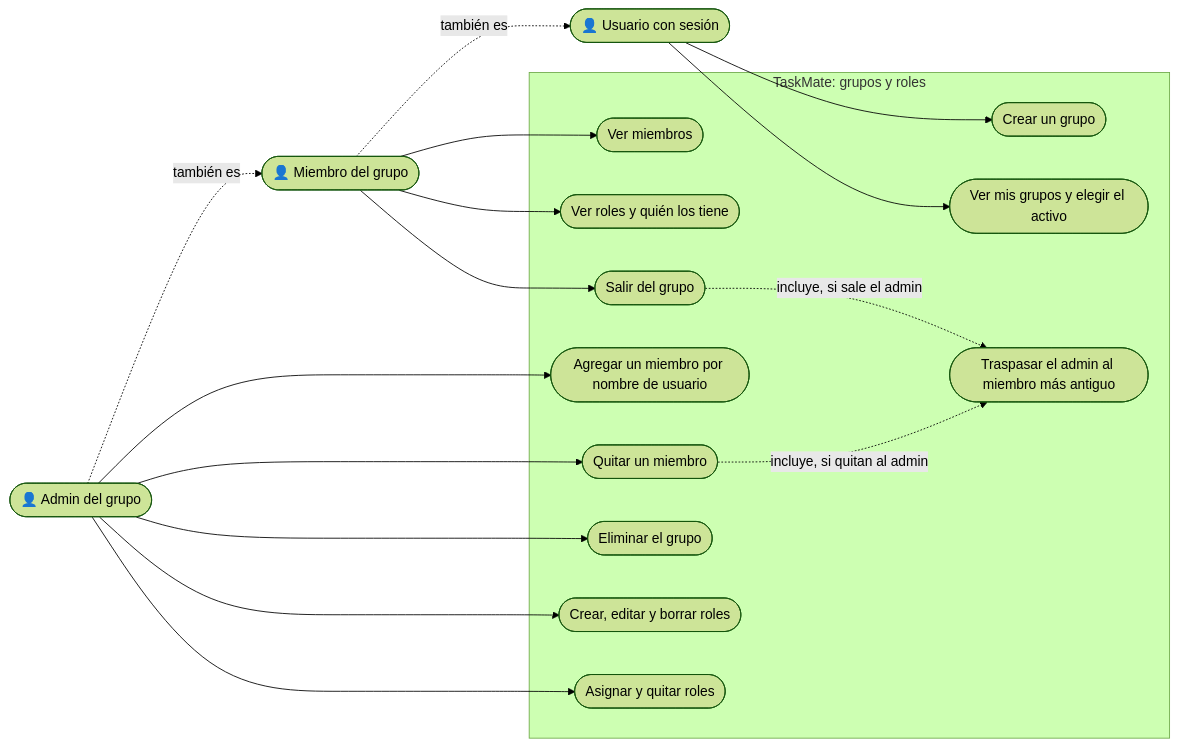
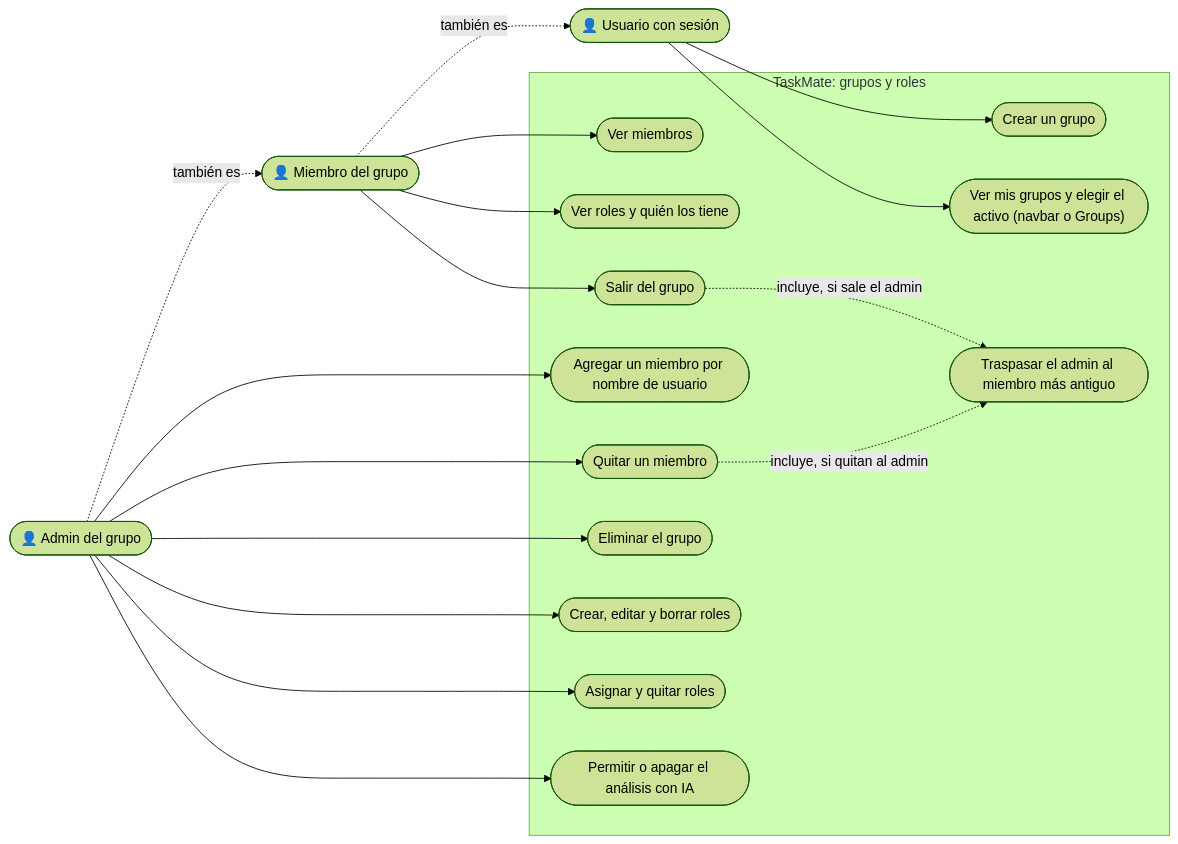
One commit to PabloP150/proyecto-is-cc6 changed the diagram in documentacion/04-casos-de-uso/02-grupos-y-roles.md. Above: the diagram before and after it, drawn with Mermaid (forest theme). The commit also changed other lines of this file and 204 other files, not shown here.

First line of the commit message:
docs: update all documentation, diagrams and PNGs to the test/e2e state

````diff
--- a/documentacion/04-casos-de-uso/02-grupos-y-roles.md
+++ b/documentacion/04-casos-de-uso/02-grupos-y-roles.md
@@ -5,35 +5,37 @@
 ```mermaid
 flowchart LR
     U(["👤 Usuario con sesión"])
     M(["👤 Miembro del grupo"])
     A(["👤 Admin del grupo"])
 
     subgraph SYS["TaskMate: grupos y roles"]
         uc1(["Crear un grupo"])
-        uc2(["Ver mis grupos y elegir el activo"])
+        uc2(["Ver mis grupos y elegir el activo (navbar o Groups)"])
         uc3(["Ver miembros"])
         uc4(["Ver roles y quién los tiene"])
         uc5(["Salir del grupo"])
         uc5b(["Traspasar el admin al miembro más antiguo"])
         uc6(["Agregar un miembro por nombre de usuario"])
         uc7(["Quitar un miembro"])
         uc8(["Eliminar el grupo"])
         uc9(["Crear, editar y borrar roles"])
         uc10(["Asignar y quitar roles"])
+        uc11(["Permitir o apagar el análisis con IA"])
     end
 
     U --> uc1
     U --> uc2
     M --> uc3
     M --> uc4
     M --> uc5
     A --> uc6
     A --> uc7
     A --> uc8
     A --> uc9
     A --> uc10
+    A --> uc11
     uc5 -.->|"incluye, si sale el admin"| uc5b
     uc7 -.->|"incluye, si quitan al admin"| uc5b
     A -.->|"también es"| M
     M -.->|"también es"| U
 ```
````
